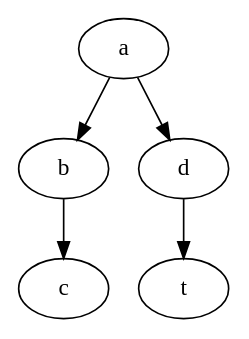
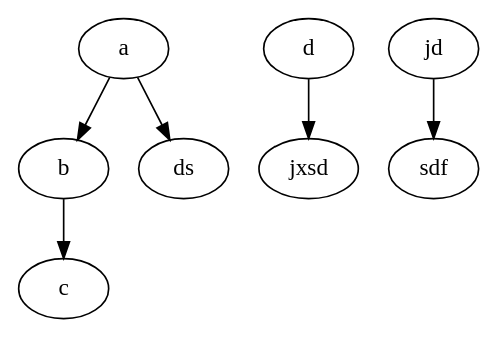
The diagram in test.dot (t3hmun/gvuv), drawn with Graphviz before and after one commit. The commit also changed 1 other file, not shown here.

```diff
--- a/test.dot
+++ b/test.dot
@@ -1,6 +1,7 @@
 digraph {
 	a -> b
 	b -> c
-	a -> d
-	d -> t
+	a -> ds
+	d -> jxsd
+	jd -> sdf
 }
```
